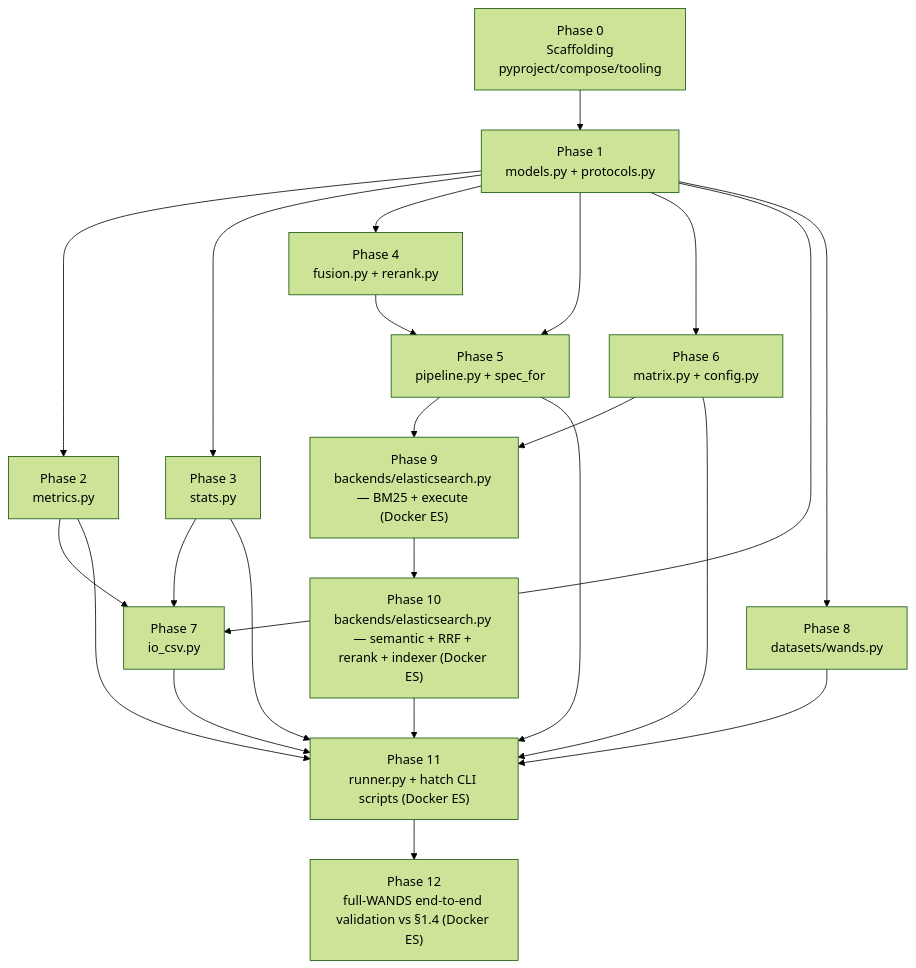
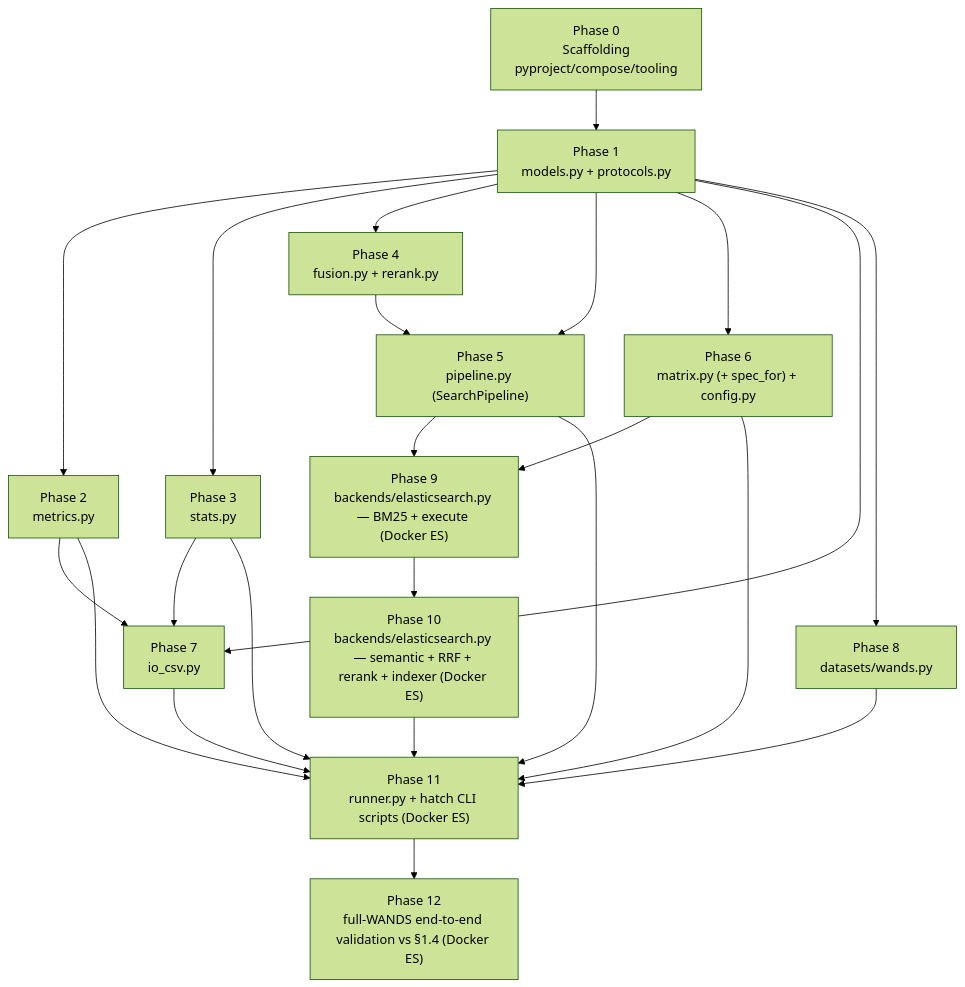
Before and after one commit to TensorOpt/search-rag-evaluation: the diagram in docs/plan.md, drawn with Mermaid (forest theme). The commit also changed other lines of this file and 4 other files, not shown here.

````diff
--- a/docs/plan.md
+++ b/docs/plan.md
@@ -43,25 +43,25 @@
 ```mermaid
 flowchart TB
   P0["Phase 0<br/>Scaffolding<br/>pyproject/compose/tooling"] --> P1["Phase 1<br/>models.py + protocols.py"]
   P1 --> P2["Phase 2<br/>metrics.py"]
   P1 --> P3["Phase 3<br/>stats.py"]
   P1 --> P4["Phase 4<br/>fusion.py + rerank.py"]
-  P1 --> P5["Phase 5<br/>pipeline.py + spec_for"]
+  P1 --> P5["Phase 5<br/>pipeline.py (SearchPipeline)"]
   P4 --> P5
-  P1 --> P6["Phase 6<br/>matrix.py + config.py"]
+  P1 --> P6["Phase 6<br/>matrix.py (+ spec_for) + config.py"]
   P1 --> P7["Phase 7<br/>io_csv.py"]
   P2 --> P7
   P3 --> P7
   P1 --> P8["Phase 8<br/>datasets/wands.py"]
   P5 --> P9["Phase 9<br/>backends/elasticsearch.py — BM25 + execute (Docker ES)"]
   P6 --> P9
   P9 --> P10["Phase 10<br/>backends/elasticsearch.py — semantic + RRF + rerank + indexer (Docker ES)"]
   P2 --> P11["Phase 11<br/>runner.py + hatch CLI scripts (Docker ES)"]
   P3 --> P11
   P5 --> P11
   P6 --> P11
   P7 --> P11
   P8 --> P11
   P10 --> P11
   P11 --> P12["Phase 12<br/>full-WANDS end-to-end validation vs §1.4 (Docker ES)"]
 ```
````
